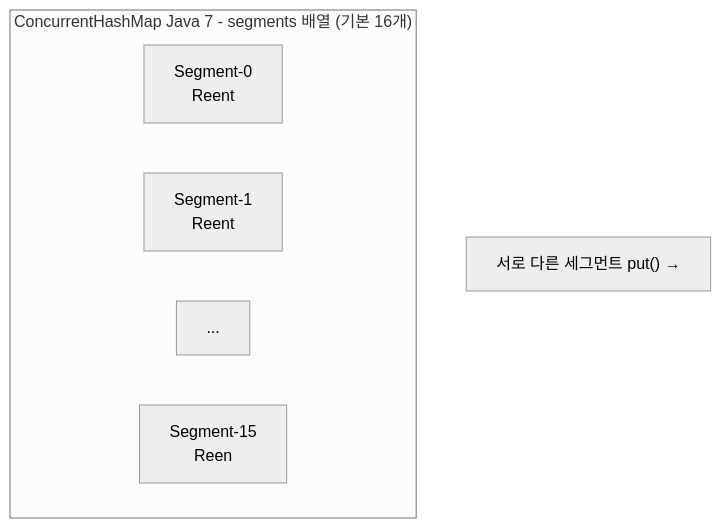
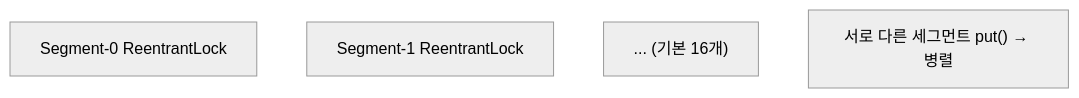
Diagram 14 of 21 in _posts/java/2026-05-01-java-collections.md (yjkim2015/yjkim2015.github.io), drawn with Mermaid (neutral theme) before and after one commit. The commit also changed other lines of this file and 155 other files, not shown here.

First line of the commit message:
Mermaid 전면 수정: subgraph 제거, participant/노드/줄수 축소 (342블록)

````diff
--- a/_posts/java/2026-05-01-java-collections.md
+++ b/_posts/java/2026-05-01-java-collections.md
@@ -611,10 +595,7 @@
 ```mermaid
 graph TD
-    subgraph "ConcurrentHashMap Java 7 - segments 배열 (기본 16개)"
-        S0["Segment-0<br>Reent"]
-        S1["Segment-1<br>Reent"]
-        SD["..."]
-        S15["Segment-15<br>Reen"]
-    end
-    NOTE["서로 다른 세그먼트 put() →"]
+    S0["Segment-0 ReentrantLock"]
+    S1["Segment-1 ReentrantLock"]
+    SD["... (기본 16개)"]
+    NOTE["서로 다른 세그먼트 put() → 병렬"]
 ```
````
